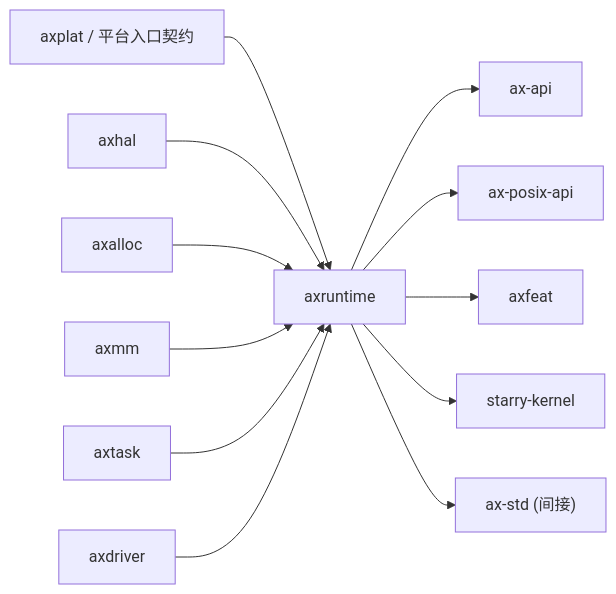
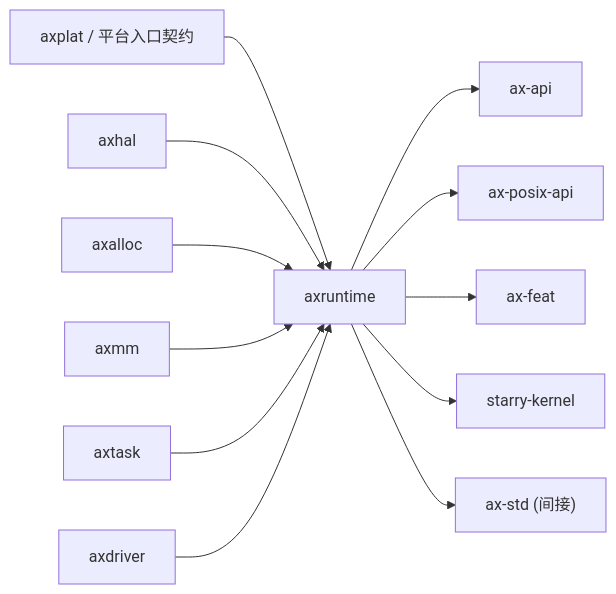
The second of 2 diagrams in docs/crates/axruntime.md (zKurisu/tgoskits), drawn with Mermaid before and after one commit. The commit also changed other lines of this file and 51 other files, not shown here.

````diff
--- a/docs/crates/axruntime.md
+++ b/docs/crates/axruntime.md
@@ -117,15 +117,15 @@
 ```mermaid
 graph LR
     axplat["axplat / 平台入口契约"] --> axruntime["axruntime"]
     axhal["axhal"] --> axruntime
     axalloc["axalloc"] --> axruntime
     axmm["axmm"] --> axruntime
     axtask["axtask"] --> axruntime
     axdriver["axdriver"] --> axruntime
 
     axruntime --> ax-api["ax-api"]
     axruntime --> ax-posix-api["ax-posix-api"]
-    axruntime --> axfeat["axfeat"]
+    axruntime --> ax-feat["ax-feat"]
     axruntime --> starry_kernel["starry-kernel"]
     axruntime --> ax-std["ax-std (间接)"]
 ```
````
